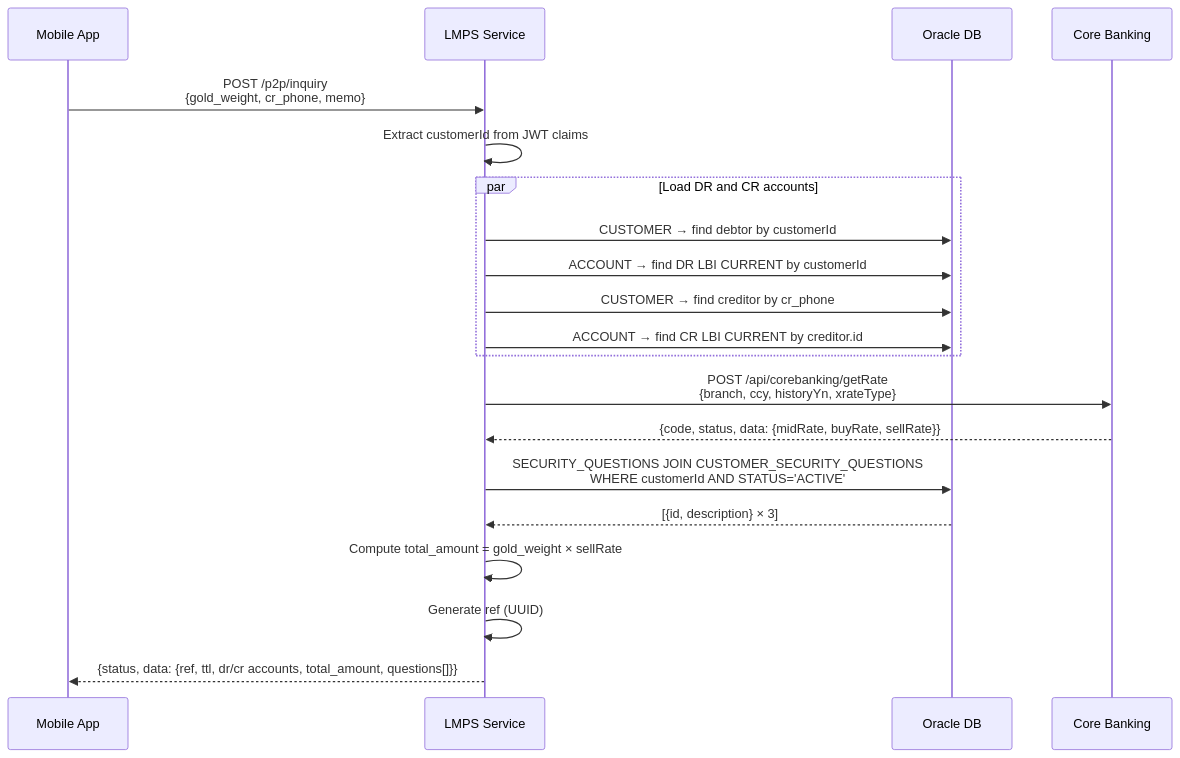
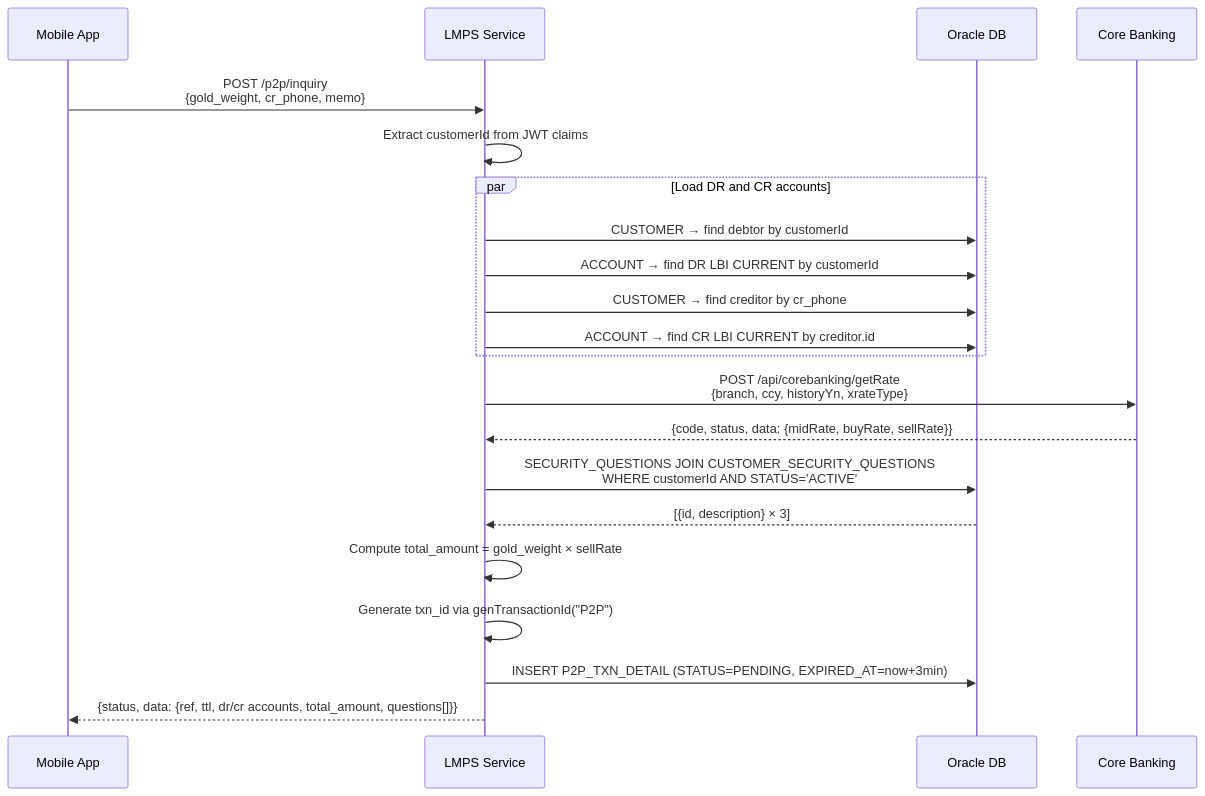
Before and after one commit to thavisoukss/lbbLMPService: the diagram in docs/logic/p2p-inquiry-flow.md, drawn with Mermaid. The commit also changed other lines of this file and 5 other files, not shown here.

````diff
--- a/docs/logic/p2p-inquiry-flow.md
+++ b/docs/logic/p2p-inquiry-flow.md
@@ -10,28 +10,29 @@
 ```mermaid
 sequenceDiagram
     participant App as Mobile App
     participant LMPS as LMPS Service
     participant DB as Oracle DB
     participant CBS as Core Banking
 
     App->>LMPS: POST /p2p/inquiry<br/>{gold_weight, cr_phone, memo}
     LMPS->>LMPS: Extract customerId from JWT claims
 
     par Load DR and CR accounts
         LMPS->>DB: CUSTOMER → find debtor by customerId
         LMPS->>DB: ACCOUNT → find DR LBI CURRENT by customerId
         LMPS->>DB: CUSTOMER → find creditor by cr_phone
         LMPS->>DB: ACCOUNT → find CR LBI CURRENT by creditor.id
     end
 
     LMPS->>CBS: POST /api/corebanking/getRate<br/>{branch, ccy, historyYn, xrateType}
     CBS-->>LMPS: {code, status, data: {midRate, buyRate, sellRate}}
 
     LMPS->>DB: SECURITY_QUESTIONS JOIN CUSTOMER_SECURITY_QUESTIONS<br/>WHERE customerId AND STATUS='ACTIVE'
     DB-->>LMPS: [{id, description} × 3]
 
     LMPS->>LMPS: Compute total_amount = gold_weight × sellRate
-    LMPS->>LMPS: Generate ref (UUID)
+    LMPS->>LMPS: Generate txn_id via genTransactionId("P2P")
+    LMPS->>DB: INSERT P2P_TXN_DETAIL (STATUS=PENDING, EXPIRED_AT=now+3min)
 
     LMPS-->>App: {status, data: {ref, ttl, dr/cr accounts, total_amount, questions[]}}
 ```
````
